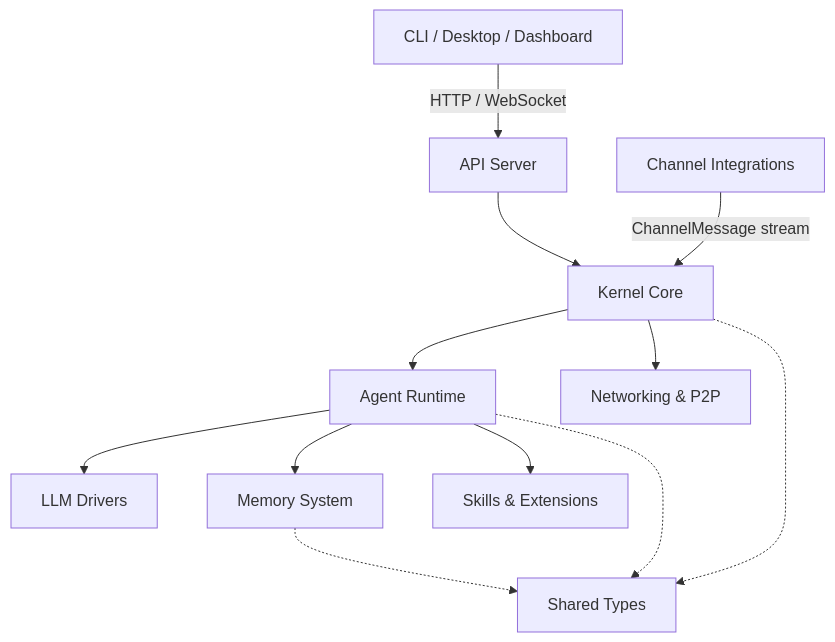
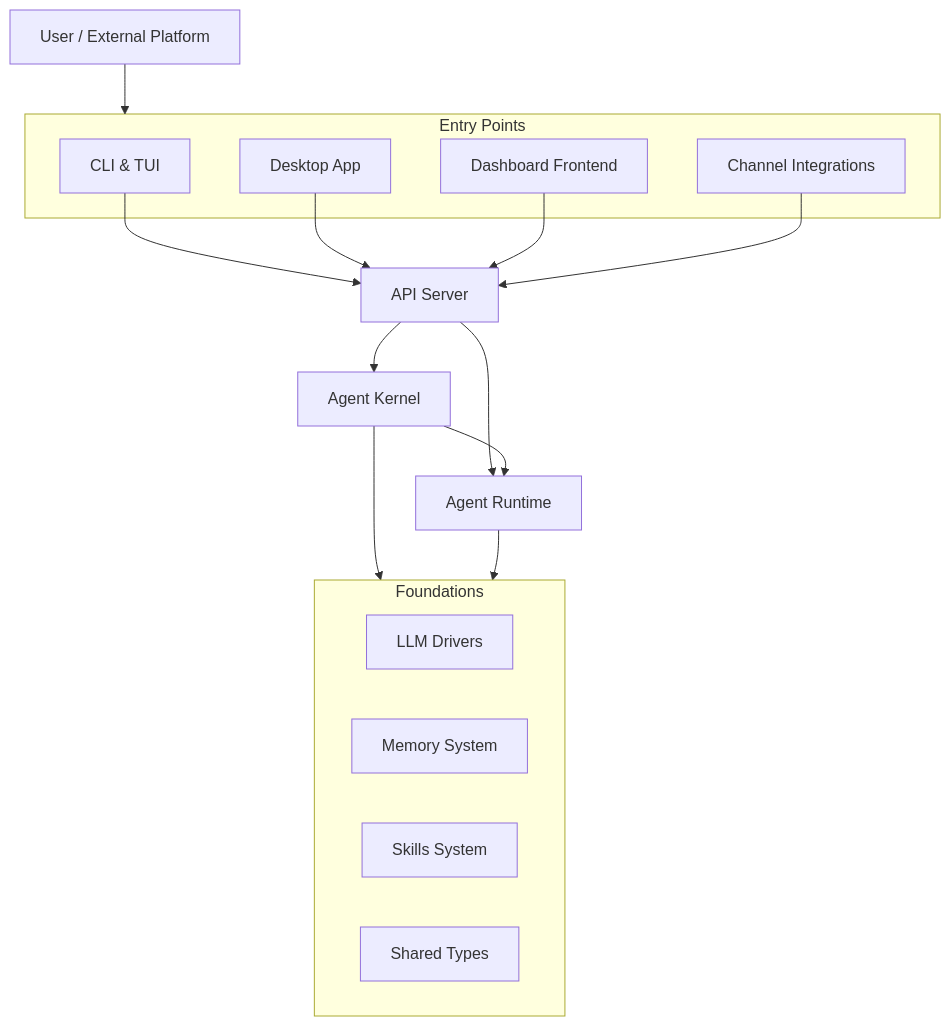
One commit to leszek3737/librefang-WIki changed the diagram in overview.md. Above: the diagram before and after it, drawn with Mermaid. The commit also changed other lines of this file and 93 other files, not shown here.

````diff
--- a/overview.md
+++ b/overview.md
@@ -11,25 +9,33 @@
 ```mermaid
-graph TD
-    UI["CLI / Desktop / Dashboard"]
+graph TB
+    User["User / External Platform"]
+
+    subgraph Entries["Entry Points"]
+        CLI["CLI & TUI"]
+        Desktop["Desktop App"]
+        Dashboard["Dashboard Frontend"]
+        Channels["Channel Integrations"]
+    end
+
     API["API Server"]
-    KERNEL["Kernel Core"]
-    RUNTIME["Agent Runtime"]
-    LLM["LLM Drivers"]
-    MEM["Memory System"]
-    CH["Channel Integrations"]
-    EXT["Skills & Extensions"]
-    TYPES["Shared Types"]
-    P2P["Networking & P2P"]
+    Kernel["Agent Kernel"]
+    Runtime["Agent Runtime"]
 
-    UI -->|HTTP / WebSocket| API
-    API --> KERNEL
-    KERNEL --> RUNTIME
-    RUNTIME --> LLM
-    RUNTIME --> MEM
-    RUNTIME --> EXT
-    CH -->|ChannelMessage stream| KERNEL
-    KERNEL --> P2P
-    RUNTIME -.-> TYPES
-    KERNEL -.-> TYPES
-    MEM -.-> TYPES
+    subgraph Foundations["Foundations"]
+        LLM["LLM Drivers"]
+        Memory["Memory System"]
+        Skills["Skills System"]
+        Types["Shared Types"]
+    end
+
+    User --> Entries
+    CLI --> API
+    Desktop --> API
+    Dashboard --> API
+    Channels --> API
+    API --> Kernel
+    API --> Runtime
+    Kernel --> Runtime
+    Kernel --> Foundations
+    Runtime --> Foundations
 ```
````
